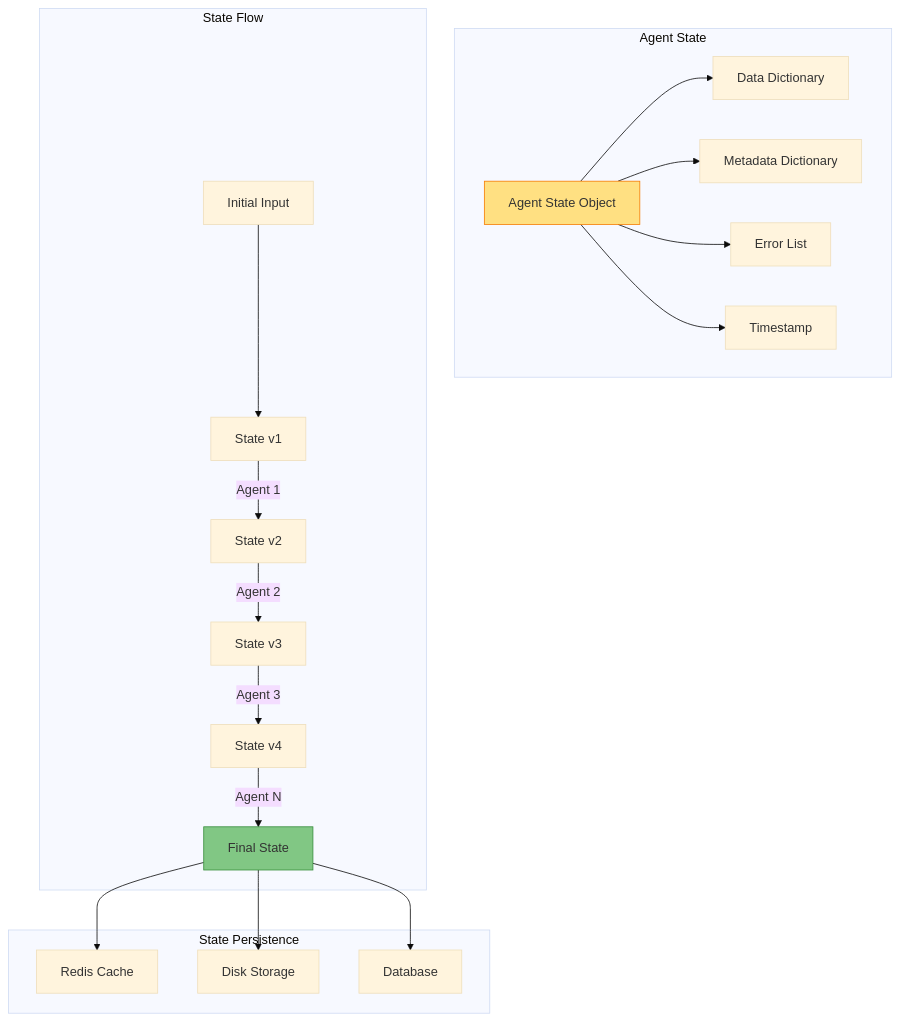
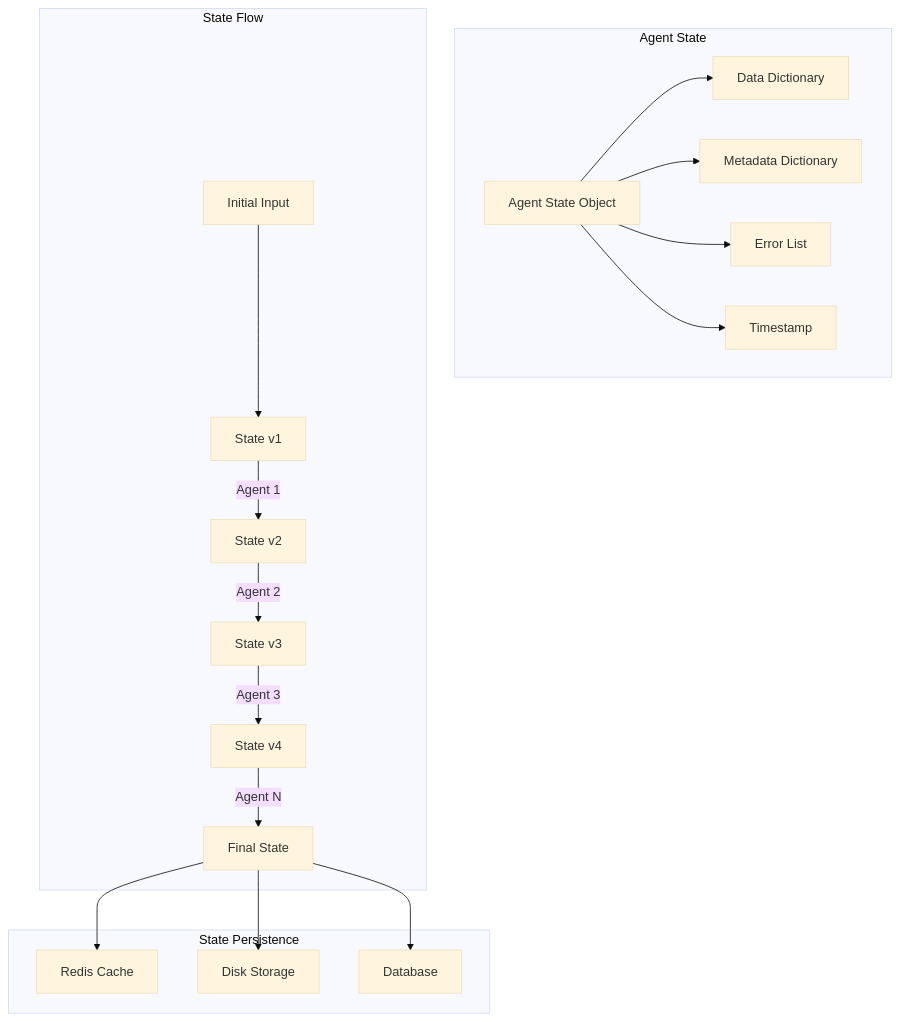
Before and after one commit to hoangsonww/PetSwipe-Match-App: the fifth of 8 diagrams in agentic_ai/README.md, drawn with Mermaid (base theme). The commit also changed other lines of this file, not shown here.

````diff
--- a/agentic_ai/README.md
+++ b/agentic_ai/README.md
@@ -341,27 +329,24 @@
 ```mermaid
 graph TD
     subgraph "Agent State"
         AS[Agent State Object]
         AS --> Data[Data Dictionary]
         AS --> Meta[Metadata Dictionary]
         AS --> Errors[Error List]
         AS --> Time[Timestamp]
     end
 
     subgraph "State Flow"
         Input[Initial Input] --> S1[State v1]
         S1 --> |Agent 1| S2[State v2]
         S2 --> |Agent 2| S3[State v3]
         S3 --> |Agent 3| S4[State v4]
         S4 --> |Agent N| Final[Final State]
     end
 
     subgraph "State Persistence"
         Final --> Cache[Redis Cache]
         Final --> Disk[Disk Storage]
         Final --> DB[Database]
     end
-
-    style AS fill:#ffe082,stroke:#f57c00
-    style Final fill:#81c784,stroke:#388e3c
 ```
````
